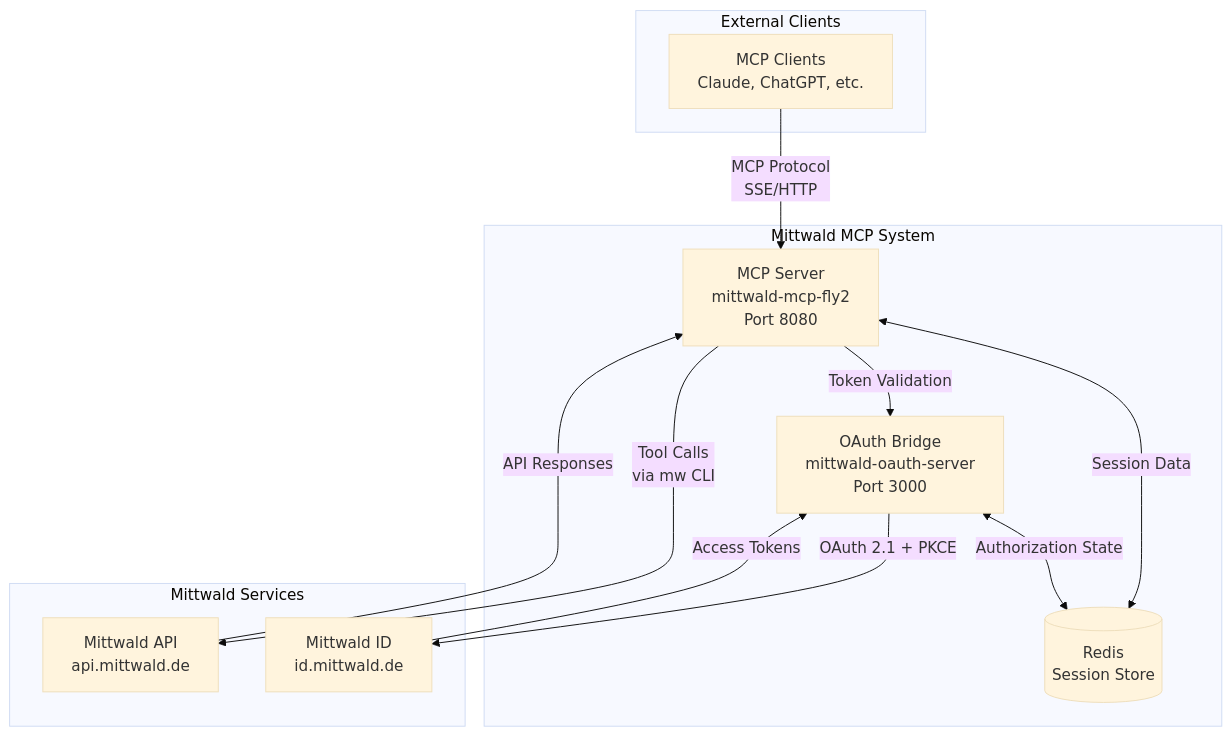
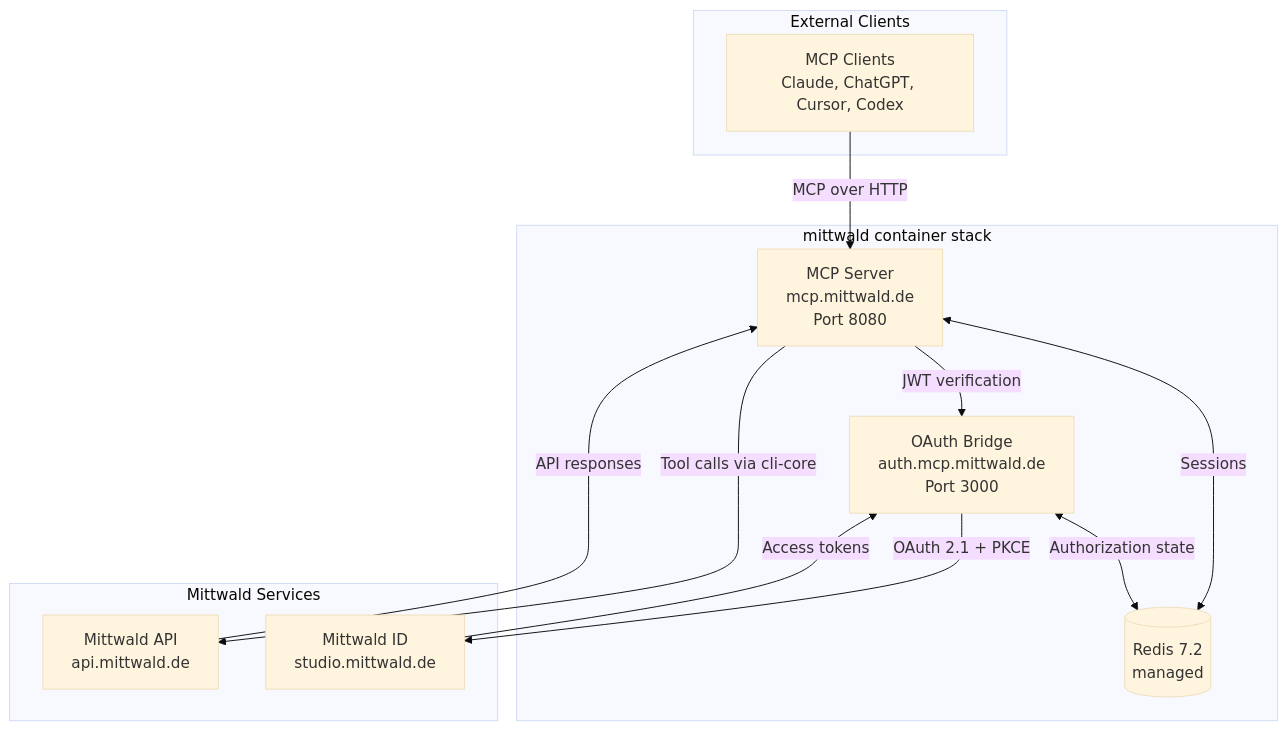
The first of 2 diagrams in docs/MAINTAINERS-HANDBOOK.md (mittwald/mcp-server), drawn with Mermaid (base theme) before and after one commit. The commit also changed other lines of this file and 802 other files, not shown here.

````diff
--- a/docs/MAINTAINERS-HANDBOOK.md
+++ b/docs/MAINTAINERS-HANDBOOK.md
@@ -78,26 +19,26 @@
 ```mermaid
 graph TB
     subgraph "External Clients"
-        MC[MCP Clients<br/>Claude, ChatGPT, etc.]
+        MC[MCP Clients<br/>Claude, ChatGPT, Cursor, Codex]
     end
 
-    subgraph "Mittwald MCP System"
-        MCP[MCP Server<br/>mittwald-mcp-fly2<br/>Port 8080]
-        OAuth[OAuth Bridge<br/>mittwald-oauth-server<br/>Port 3000]
-        Redis[(Redis<br/>Session Store)]
+    subgraph "mittwald container stack"
+        MCP[MCP Server<br/>mcp.mittwald.de<br/>Port 8080]
+        OAuth[OAuth Bridge<br/>auth.mcp.mittwald.de<br/>Port 3000]
+        Redis[(Redis 7.2<br/>managed)]
     end
 
     subgraph "Mittwald Services"
         API[Mittwald API<br/>api.mittwald.de]
-        ID[Mittwald ID<br/>id.mittwald.de]
+        ID[Mittwald ID<br/>studio.mittwald.de]
     end
 
-    MC -->|MCP Protocol<br/>SSE/HTTP| MCP
-    MCP -->|Tool Calls<br/>via mw CLI| API
-    MCP <-->|Session Data| Redis
-    MCP -->|Token Validation| OAuth
+    MC -->|MCP over HTTP| MCP
+    MCP -->|Tool calls via cli-core| API
+    MCP <-->|Sessions| Redis
+    MCP -->|JWT verification| OAuth
     OAuth -->|OAuth 2.1 + PKCE| ID
-    OAuth <-->|Authorization State| Redis
-    ID -->|Access Tokens| OAuth
-    API -->|API Responses| MCP
+    OAuth <-->|Authorization state| Redis
+    ID -->|Access tokens| OAuth
+    API -->|API responses| MCP
 ```
````
